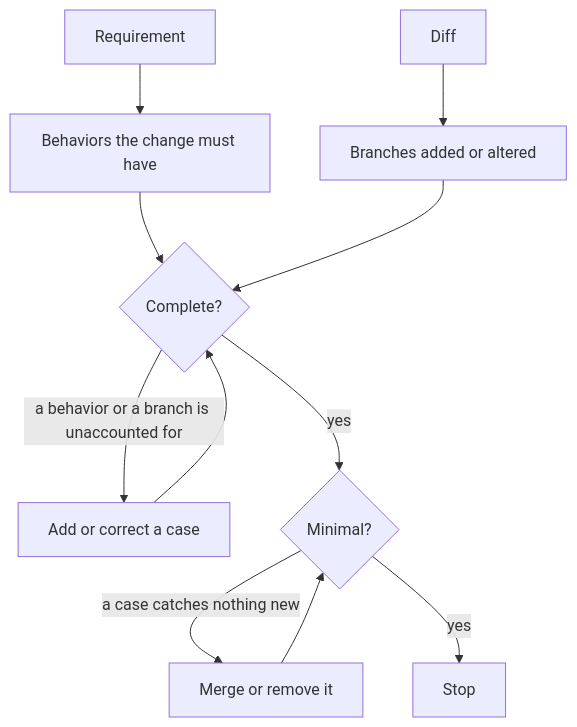
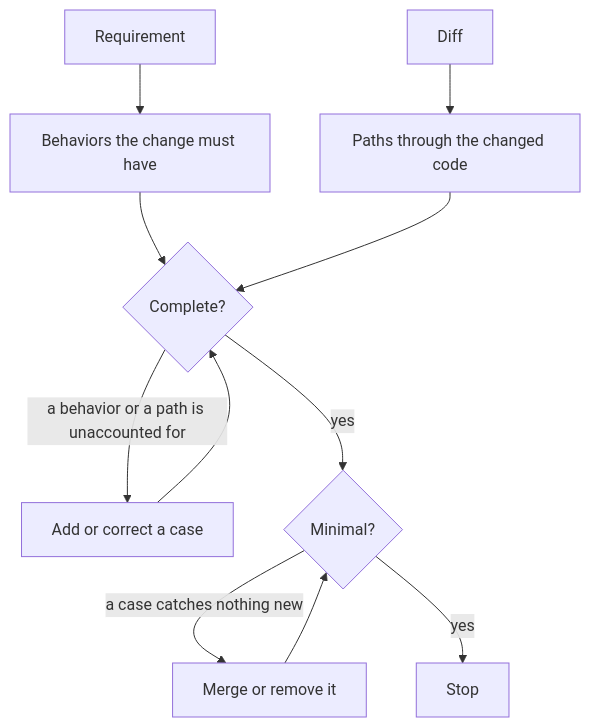
Before and after one commit to bqp007/concord-skill-lean-testing: the diagram in README.md, drawn with Mermaid. The commit also changed other lines of this file and 1 other file, not shown here.

Commit message:
Leave layer and tooling to the agent; correct the threshold example explanation

````diff
--- a/README.md
+++ b/README.md
@@ -39,13 +39,13 @@
 ```mermaid
 flowchart TD
     R[Requirement] --> B[Behaviors the change must have]
-    D[Diff] --> BR[Branches added or altered]
+    D[Diff] --> BR[Paths through the changed code]
     B --> C{Complete?}
     BR --> C
-    C -- a behavior or a branch is unaccounted for --> T[Add or correct a case]
+    C -- a behavior or a path is unaccounted for --> T[Add or correct a case]
     T --> C
     C -- yes --> M{Minimal?}
     M -- a case catches nothing new --> X[Merge or remove it]
     X --> M
     M -- yes --> S[Stop]
 ```
````
